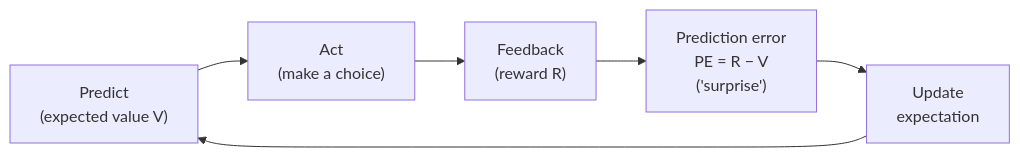
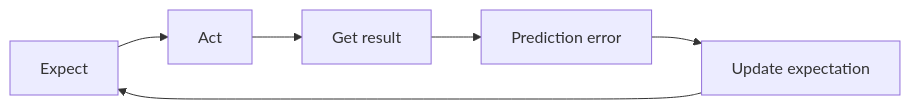
One commit to rSith/Obsidian-CS-Vault changed the diagram in 07. Research/Computational Psychiatry/06. Reinforcement Learning and the Rescorla-Wagner Model.md. Above: the diagram before and after it, drawn with Mermaid. The commit also changed other lines of this file and 16 other files, not shown here.

````diff
--- a/07. Research/Computational Psychiatry/06. Reinforcement Learning and the Rescorla-Wagner Model.md
+++ b/07. Research/Computational Psychiatry/06. Reinforcement Learning and the Rescorla-Wagner Model.md
@@ -26,4 +23,4 @@
 ```mermaid
 flowchart LR
-    P["Predict<br/>(expected value V)"] --> A["Act<br/>(make a choice)"] --> F["Feedback<br/>(reward R)"] --> E["Prediction error<br/>PE = R − V<br/>('surprise')"] --> U["Update<br/>expectation"] --> P
+    A["Expect"] --> B["Act"] --> C["Get result"] --> D["Prediction error"] --> E["Update expectation"] --> A
 ```
````
